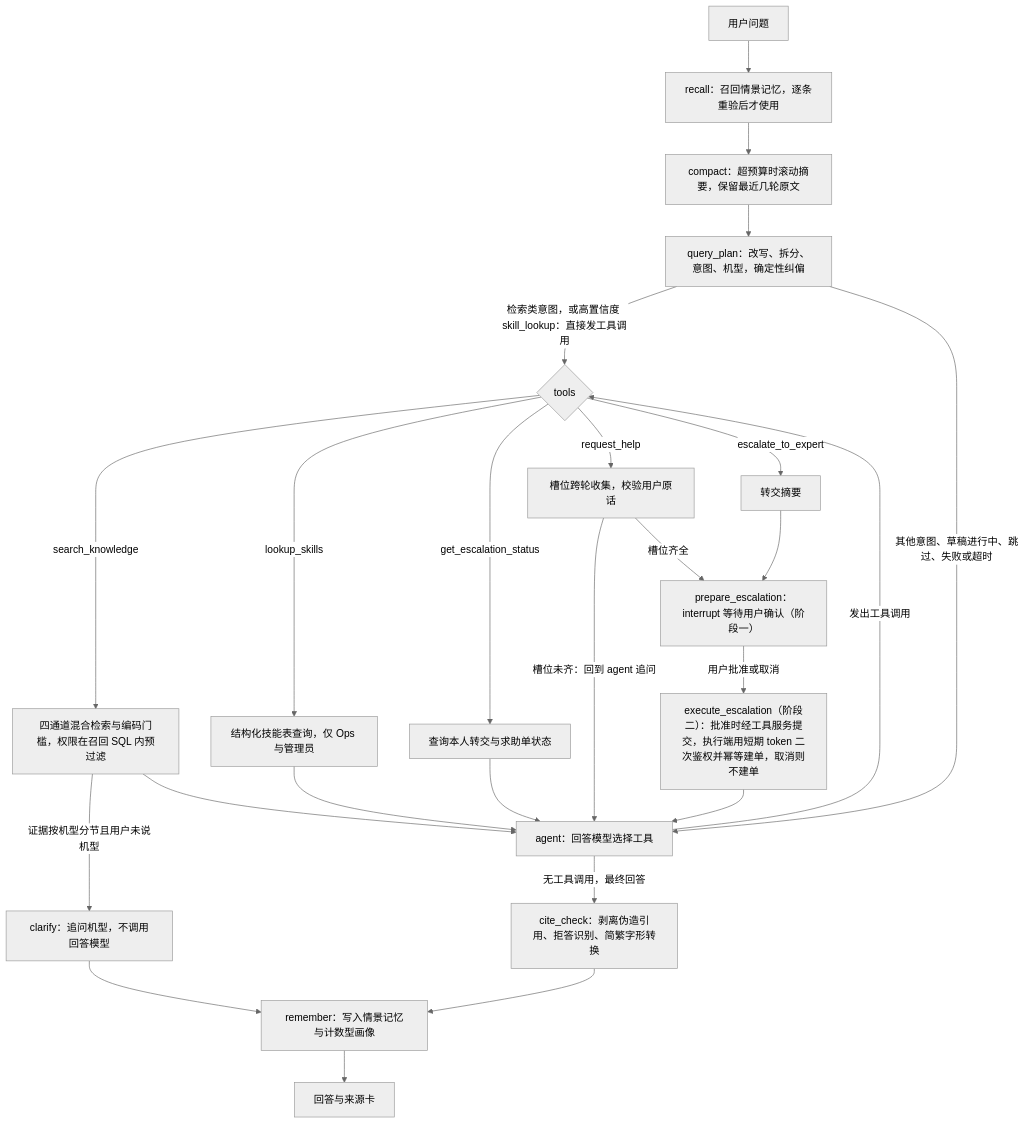
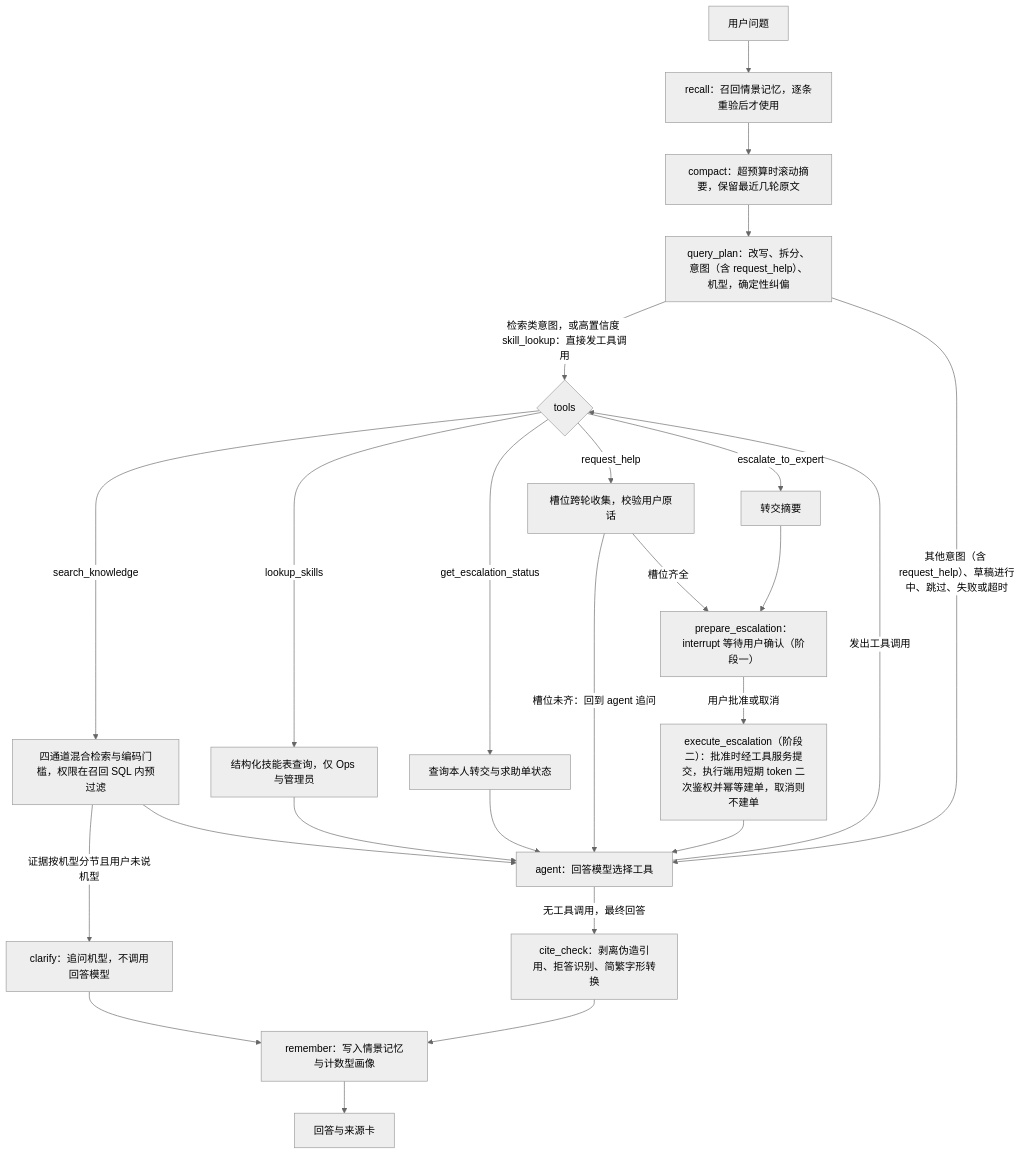
The diagram in README.md (BeforeLanding/Knoventra), drawn with Mermaid (neutral theme) before and after one commit. The commit also changed other lines of this file and 15 other files, not shown here.

Commit message:
fix: add request_help planner intent, follow-up episode context, secret guards and healthz

````diff
--- a/README.md
+++ b/README.md
@@ -15,27 +15,27 @@
 ```mermaid
 flowchart TD
     U["用户问题"] --> R["recall：召回情景记忆，逐条重验后才使用"]
     R --> C["compact：超预算时滚动摘要，保留最近几轮原文"]
-    C --> P["query_plan：改写、拆分、意图、机型，确定性纠偏"]
+    C --> P["query_plan：改写、拆分、意图（含 request_help）、机型，确定性纠偏"]
     P -->|"检索类意图，或高置信度 skill_lookup：直接发工具调用"| T
-    P -->|"其他意图、草稿进行中、跳过、失败或超时"| A
+    P -->|"其他意图（含 request_help）、草稿进行中、跳过、失败或超时"| A
     A["agent：回答模型选择工具"] -->|"发出工具调用"| T
     A -->|"无工具调用，最终回答"| V
     T{"tools"} -->|"search_knowledge"| S["四通道混合检索与编码门槛，权限在召回 SQL 内预过滤"]
     T -->|"lookup_skills"| K["结构化技能表查询，仅 Ops 与管理员"]
     T -->|"get_escalation_status"| G["查询本人转交与求助单状态"]
     T -->|"request_help"| H["槽位跨轮收集，校验用户原话"]
     T -->|"escalate_to_expert"| E["转交摘要"]
     S -->|"证据按机型分节且用户未说机型"| Q["clarify：追问机型，不调用回答模型"]
     S --> A
     K --> A
     G --> A
     H -->|"槽位未齐：回到 agent 追问"| A
     H -->|"槽位齐全"| I
     E --> I["prepare_escalation：interrupt 等待用户确认（阶段一）"]
     I -->|"用户批准或取消"| X["execute_escalation（阶段二）：批准时经工具服务提交，执行端用短期 token 二次鉴权并幂等建单，取消则不建单"]
     X --> A
     V["cite_check：剥离伪造引用、拒答识别、简繁字形转换"] --> M["remember：写入情景记忆与计数型画像"]
     Q --> M
     M --> O["回答与来源卡"]
 ```
````
